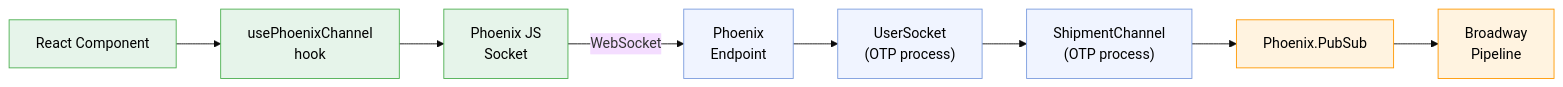
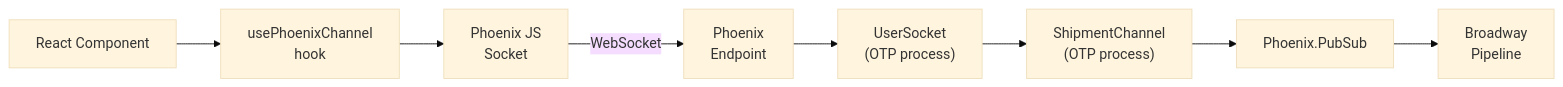
One commit to bchassoul/notes changed the fourth of 8 diagrams in docs/notes/phoenix.md. Above: the diagram before and after it, drawn with Mermaid (base theme). The commit also changed other lines of this file and 9 other files, not shown here.

Commit message:
Add diagrams and visual improvements across all notes

````diff
--- a/docs/notes/phoenix.md
+++ b/docs/notes/phoenix.md
@@ -270,19 +302,11 @@
 ```mermaid
 flowchart LR
     RC["React Component"] --> HOOK["usePhoenixChannel\nhook"]
     HOOK --> SOCK["Phoenix JS\nSocket"]
     SOCK -->|"WebSocket"| EP["Phoenix\nEndpoint"]
     EP --> US["UserSocket\n(OTP process)"]
     US --> CH["ShipmentChannel\n(OTP process)"]
     CH --> PS["Phoenix.PubSub"]
     PS --> BW["Broadway\nPipeline"]
 
-    style RC fill:#e6f4ea,stroke:#4caf50,color:#000
-    style HOOK fill:#e6f4ea,stroke:#4caf50,color:#000
-    style SOCK fill:#e6f4ea,stroke:#4caf50,color:#000
-    style EP fill:#f0f4ff,stroke:#7b9cde,color:#000
-    style US fill:#f0f4ff,stroke:#7b9cde,color:#000
-    style CH fill:#f0f4ff,stroke:#7b9cde,color:#000
-    style PS fill:#fff3e0,stroke:#ff9800,color:#000
-    style BW fill:#fff3e0,stroke:#ff9800,color:#000
 ```
````
